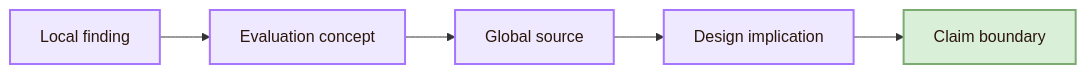
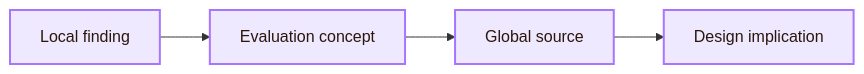
The fourth of 6 diagrams in 01_Core_Area_HCI/001_Subareas/03_Evaluating_the_Design/Local and Global.md (andreitegzes06-ui/CogniShire), drawn with Mermaid before and after one commit. The commit also changed other lines of this file and 131 other files, not shown here.

````diff
--- a/01_Core_Area_HCI/001_Subareas/03_Evaluating_the_Design/Local and Global.md
+++ b/01_Core_Area_HCI/001_Subareas/03_Evaluating_the_Design/Local and Global.md
@@ -239,13 +232,12 @@
 ```mermaid
 flowchart LR
     A[Local finding] --> B[Evaluation concept]
     B --> C[Global source]
     C --> D[Design implication]
-    D --> E[Claim boundary]
 
     classDef node fill:#eee9ff,stroke:#a875ff,color:#2b160b,stroke-width:2px;
     classDef final fill:#d9efd7,stroke:#7cab72,color:#2b160b,stroke-width:2px;
 
     class A,B,C,D node;
     class E final;
 ```
````
